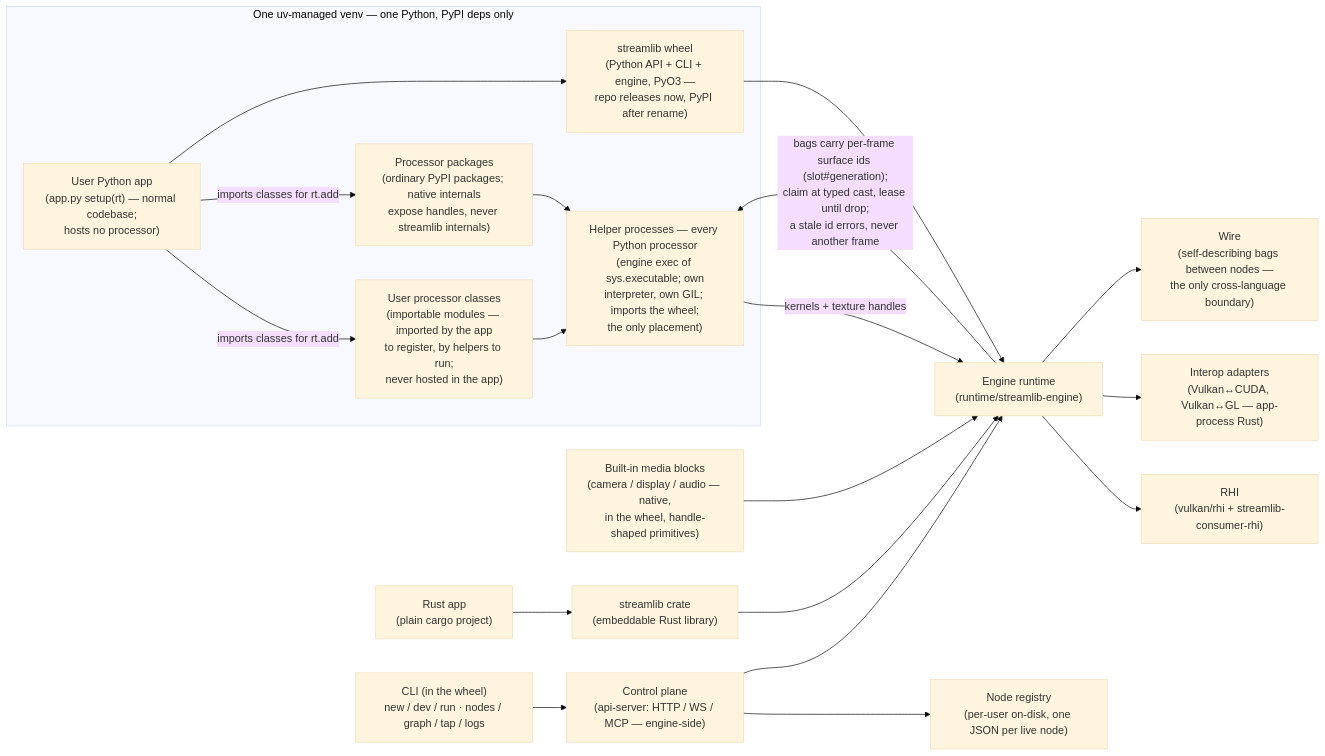
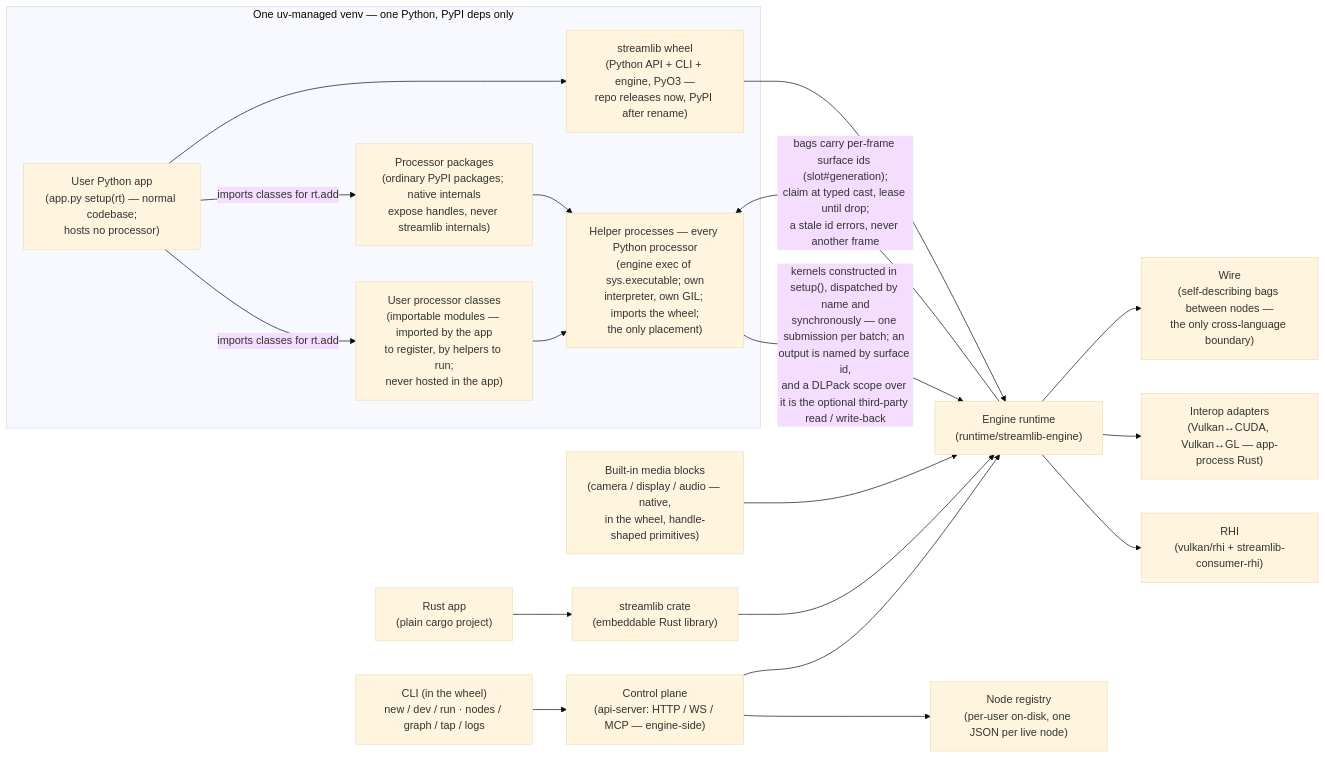
One commit to tatolab/streamlib changed the diagram in docs/plan/diagrams/system.mmd. Above: the diagram before and after it, drawn with Mermaid (base theme). The commit also changed 3 other files, not shown here.

First line of the commit message:
docs(plan): ship python-kernel-surface — fold into §Graphics and archive (#1907)

```diff
--- a/docs/plan/diagrams/system.mmd
+++ b/docs/plan/diagrams/system.mmd
@@ -1,40 +1,42 @@
 flowchart LR
   subgraph env["One uv-managed venv — one Python, PyPI deps only"]
     app["User Python app\n(app.py setup(rt) — normal codebase;\nhosts no processor)"]
     procs["User processor classes\n(importable modules — imported by the app\nto register, by helpers to run;\nnever hosted in the app)"]
     pkgs["Processor packages\n(ordinary PyPI packages; native internals\nexpose handles, never streamlib internals)"]
     wheel["streamlib wheel\n(Python API + CLI + engine, PyO3 —\nrepo releases now, PyPI after rename)"]
     helper["Helper processes — every Python processor\n(engine exec of sys.executable; own\ninterpreter, own GIL; imports the wheel;\nthe only placement)"]
   end
 
   rustapp["Rust app\n(plain cargo project)"]
   crate["streamlib crate\n(embeddable Rust library)"]
   engine["Engine runtime\n(runtime/streamlib-engine)"]
   media["Built-in media blocks\n(camera / display / audio — native,\nin the wheel, handle-shaped primitives)"]
   rhi["RHI\n(vulkan/rhi + streamlib-consumer-rhi)"]
   interop["Interop adapters\n(Vulkan↔CUDA, Vulkan↔GL — app-process Rust)"]
   ctl["Control plane\n(api-server: HTTP / WS / MCP — engine-side)"]
   cli["CLI (in the wheel)\nnew / dev / run · nodes / graph / tap / logs"]
   wire["Wire\n(self-describing bags between nodes —\nthe only cross-language boundary)"]
 
   registry["Node registry\n(per-user on-disk, one JSON per live node)"]
 
   app -->|imports classes for rt.add| procs
   app -->|imports classes for rt.add| pkgs
   procs --> helper
   pkgs --> helper
   app --> wheel
   wheel --> engine
   engine -->|"bags carry per-frame surface ids (slot#generation);
 claim at typed cast, lease until drop;
 a stale id errors, never another frame"| helper
-  helper -->|kernels + texture handles| engine
+  helper -->|"kernels constructed in setup(), dispatched by name and
+synchronously — one submission per batch; an output is named by surface id,
+and a DLPack scope over it is the optional third-party read / write-back"| engine
   ctl --> registry
   rustapp --> crate
   crate --> engine
   media --> engine
   engine --> rhi
   engine --> interop
   ctl --> engine
   cli --> ctl
   engine --> wire
```
